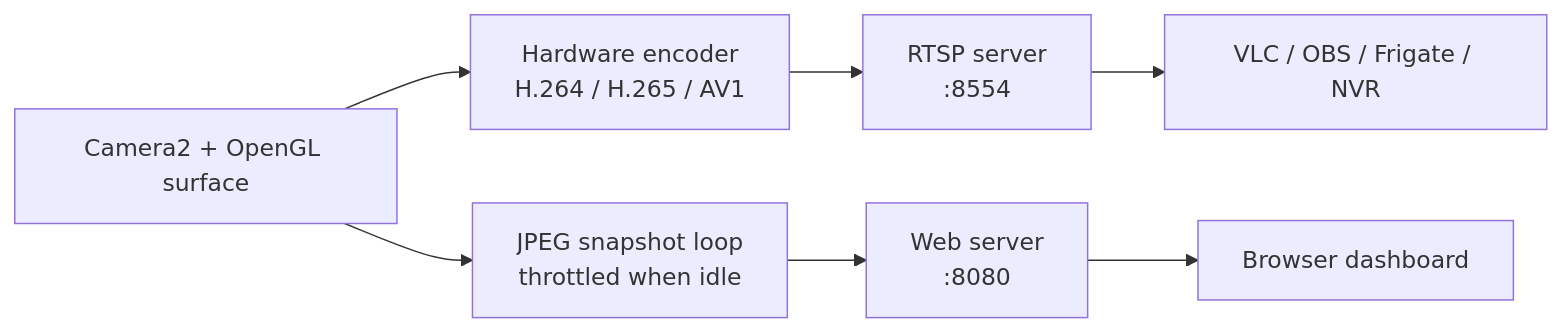
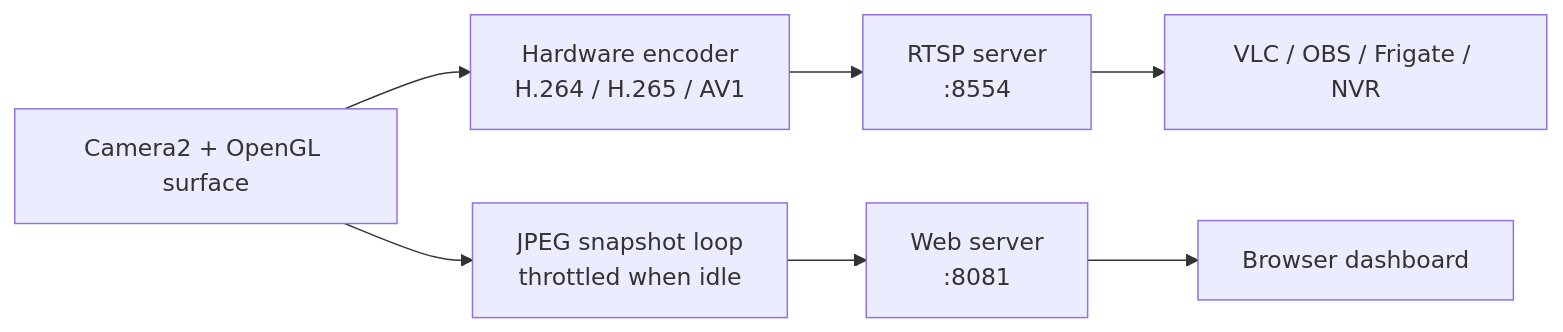
One commit to fecloud/RTSP-CCTV-App changed the diagram in README.md. Above: the diagram before and after it, drawn with Mermaid. The commit also changed other lines of this file and 7 other files, not shown here.

````diff
--- a/README.md
+++ b/README.md
@@ -76,11 +76,11 @@
 ```mermaid
 flowchart LR
     CAM[Camera2 + OpenGL surface] --> ENC[Hardware encoder<br/>H.264 / H.265 / AV1]
     CAM --> SNAP[JPEG snapshot loop<br/>throttled when idle]
 
     ENC --> RTSP[RTSP server<br/>:8554]
-    SNAP --> WEB[Web server<br/>:8080]
+    SNAP --> WEB[Web server<br/>:8081]
 
     RTSP --> NVR[VLC / OBS / Frigate / NVR]
     WEB --> BROWSER[Browser dashboard]
 ```
````
